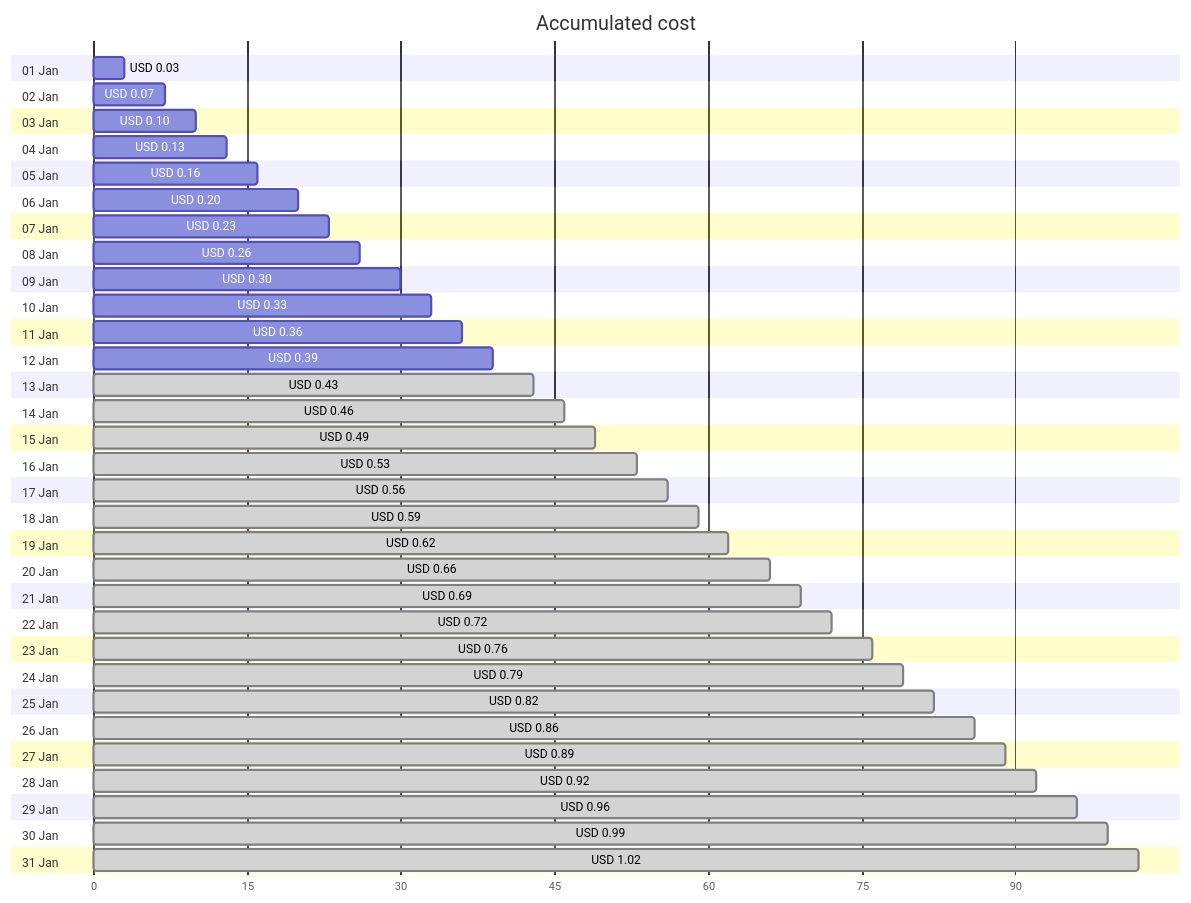
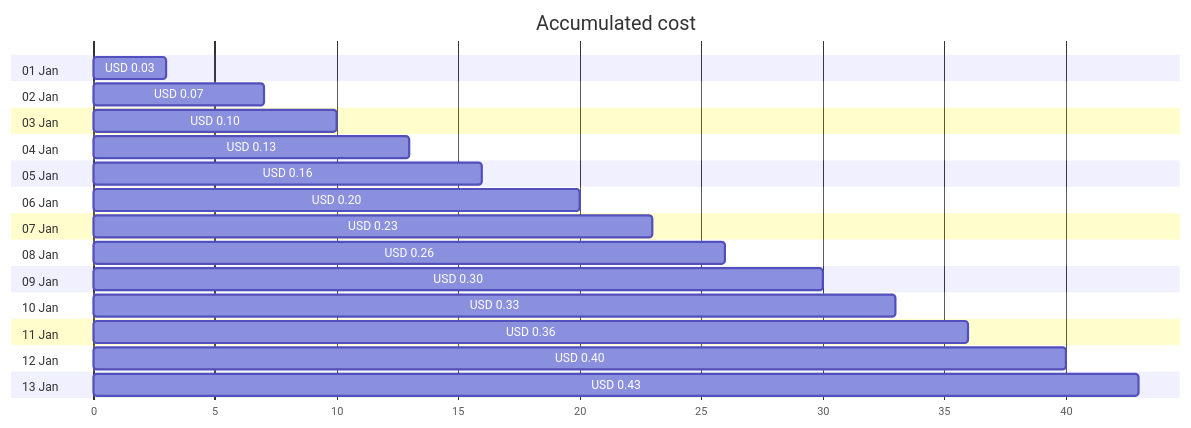
The first of 4 diagrams in cost-reports/personal-dns/README.md (jpfulton/azure-personal-reports), drawn with Mermaid before and after one commit. The commit also changed other lines of this file and 2 other files, not shown here.

Commit message:
Generated reports [skip ci]

````diff
--- a/cost-reports/personal-dns/README.md
+++ b/cost-reports/personal-dns/README.md
@@ -20,68 +20,32 @@
 ```mermaid
 gantt
    title Accumulated cost
    dateFormat  X
    axisFormat %s
    section 01 Jan
    USD 0.03 :0, 3
    section 02 Jan
    USD 0.07 :0, 7
    section 03 Jan
    USD 0.10 :0, 10
    section 04 Jan
    USD 0.13 :0, 13
    section 05 Jan
    USD 0.16 :0, 16
    section 06 Jan
    USD 0.20 :0, 20
    section 07 Jan
    USD 0.23 :0, 23
    section 08 Jan
    USD 0.26 :0, 26
    section 09 Jan
    USD 0.30 :0, 30
    section 10 Jan
    USD 0.33 :0, 33
    section 11 Jan
    USD 0.36 :0, 36
    section 12 Jan
-   USD 0.39 :0, 39
+   USD 0.40 :0, 40
    section 13 Jan
-   USD 0.43 : done, 0, 43
-   section 14 Jan
-   USD 0.46 : done, 0, 46
-   section 15 Jan
-   USD 0.49 : done, 0, 49
-   section 16 Jan
-   USD 0.53 : done, 0, 53
-   section 17 Jan
-   USD 0.56 : done, 0, 56
-   section 18 Jan
-   USD 0.59 : done, 0, 59
-   section 19 Jan
-   USD 0.62 : done, 0, 62
-   section 20 Jan
-   USD 0.66 : done, 0, 66
-   section 21 Jan
-   USD 0.69 : done, 0, 69
-   section 22 Jan
-   USD 0.72 : done, 0, 72
-   section 23 Jan
-   USD 0.76 : done, 0, 76
-   section 24 Jan
-   USD 0.79 : done, 0, 79
-   section 25 Jan
-   USD 0.82 : done, 0, 82
-   section 26 Jan
-   USD 0.86 : done, 0, 86
-   section 27 Jan
-   USD 0.89 : done, 0, 89
-   section 28 Jan
-   USD 0.92 : done, 0, 92
-   section 29 Jan
-   USD 0.96 : done, 0, 96
-   section 30 Jan
-   USD 0.99 : done, 0, 99
-   section 31 Jan
-   USD 1.02 : done, 0, 102
+   USD 0.43 :0, 43
 ```
````
